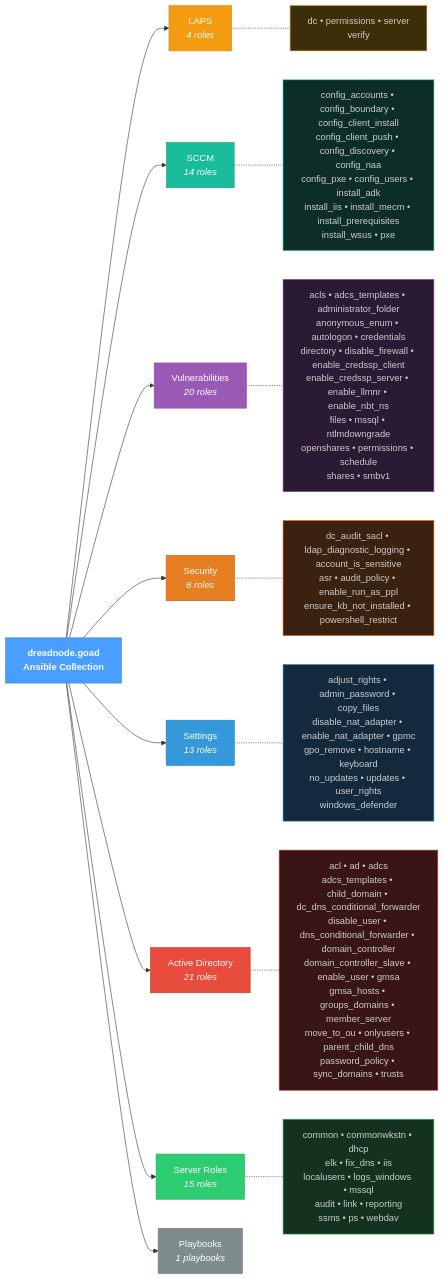
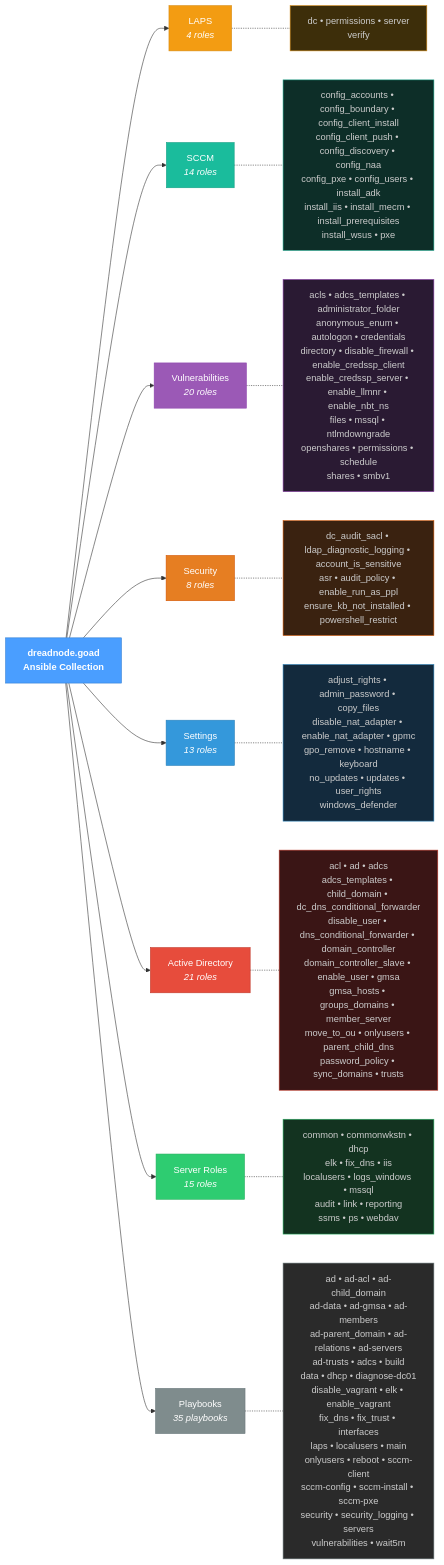
The diagram in docs/architecture.mmd (dreadnode/DreadGOAD), drawn with Mermaid before and after one commit. The commit also changed 2 other files, not shown here.

Commit message:
feat: improve playbook discovery and detailed listing in architecture diagram
**Added:**

- Introduced detailed playbook summary node to the architecture diagram, listing
  all discovered playbooks in grouped format for better readability
- Added new style for the Playbooks_detail node to visually distinguish playbook
  details in the diagram

**Changed:**

- Playbook discovery now finds individual playbooks by matching *.yml files
  instead of subdirectories, and excludes retry files for accuracy
- Playbook count and summary in the diagram now reflect the actual number of
  playbooks rather than a fixed value
- Improved label pluralization for playbook counts (e.g., "1 playbook" vs
  "35 playbooks")
- Updated Mermaid diagram and SVG export in docs to include the full list of
  playbooks and new detail node with improved formatting

```diff
--- a/docs/architecture.mmd
+++ b/docs/architecture.mmd
@@ -1,37 +1,39 @@
 graph LR
     Collection["dreadnode.goad<br/>Ansible Collection"]
 
     Collection --> LAPS["LAPS<br/><i>4 roles</i>"]
     Collection --> SCCM["SCCM<br/><i>14 roles</i>"]
     Collection --> Vulnerabilities["Vulnerabilities<br/><i>20 roles</i>"]
     Collection --> Security["Security<br/><i>8 roles</i>"]
     Collection --> Settings["Settings<br/><i>13 roles</i>"]
     Collection --> ActiveDirectory["Active Directory<br/><i>21 roles</i>"]
     Collection --> ServerRoles["Server Roles<br/><i>15 roles</i>"]
 
     LAPS -.- LAPS_detail["dc &bull; permissions &bull; server<br/>verify"]
     SCCM -.- SCCM_detail["config_accounts &bull; config_boundary &bull; config_client_install<br/>config_client_push &bull; config_discovery &bull; config_naa<br/>config_pxe &bull; config_users &bull; install_adk<br/>install_iis &bull; install_mecm &bull; install_prerequisites<br/>install_wsus &bull; pxe"]
     Vulnerabilities -.- Vulnerabilities_detail["acls &bull; adcs_templates &bull; administrator_folder<br/>anonymous_enum &bull; autologon &bull; credentials<br/>directory &bull; disable_firewall &bull; enable_credssp_client<br/>enable_credssp_server &bull; enable_llmnr &bull; enable_nbt_ns<br/>files &bull; mssql &bull; ntlmdowngrade<br/>openshares &bull; permissions &bull; schedule<br/>shares &bull; smbv1"]
     Security -.- Security_detail["dc_audit_sacl &bull; ldap_diagnostic_logging &bull; account_is_sensitive<br/>asr &bull; audit_policy &bull; enable_run_as_ppl<br/>ensure_kb_not_installed &bull; powershell_restrict"]
     Settings -.- Settings_detail["adjust_rights &bull; admin_password &bull; copy_files<br/>disable_nat_adapter &bull; enable_nat_adapter &bull; gpmc<br/>gpo_remove &bull; hostname &bull; keyboard<br/>no_updates &bull; updates &bull; user_rights<br/>windows_defender"]
     ActiveDirectory -.- ActiveDirectory_detail["acl &bull; ad &bull; adcs<br/>adcs_templates &bull; child_domain &bull; dc_dns_conditional_forwarder<br/>disable_user &bull; dns_conditional_forwarder &bull; domain_controller<br/>domain_controller_slave &bull; enable_user &bull; gmsa<br/>gmsa_hosts &bull; groups_domains &bull; member_server<br/>move_to_ou &bull; onlyusers &bull; parent_child_dns<br/>password_policy &bull; sync_domains &bull; trusts"]
     ServerRoles -.- ServerRoles_detail["common &bull; commonwkstn &bull; dhcp<br/>elk &bull; fix_dns &bull; iis<br/>localusers &bull; logs_windows &bull; mssql<br/>audit &bull; link &bull; reporting<br/>ssms &bull; ps &bull; webdav"]
 
-    Collection --> Playbooks["Playbooks<br/><i>1 playbooks</i>"]
+    Collection --> Playbooks["Playbooks<br/><i>35 playbooks</i>"]
+    Playbooks -.- Playbooks_detail["ad &bull; ad-acl &bull; ad-child_domain<br/>ad-data &bull; ad-gmsa &bull; ad-members<br/>ad-parent_domain &bull; ad-relations &bull; ad-servers<br/>ad-trusts &bull; adcs &bull; build<br/>data &bull; dhcp &bull; diagnose-dc01<br/>disable_vagrant &bull; elk &bull; enable_vagrant<br/>fix_dns &bull; fix_trust &bull; interfaces<br/>laps &bull; localusers &bull; main<br/>onlyusers &bull; reboot &bull; sccm-client<br/>sccm-config &bull; sccm-install &bull; sccm-pxe<br/>security &bull; security_logging &bull; servers<br/>vulnerabilities &bull; wait5m"]
 
     style Collection fill:#4a9eff,stroke:#2d7cd4,color:#fff,font-weight:bold
     style Playbooks fill:#7f8c8d,stroke:#6c7a7d,color:#fff
+    style Playbooks_detail fill:#2a2a2a,stroke:#6c7a7d,color:#ccc
     style LAPS fill:#f39c12,stroke:#d68910,color:#fff
     style LAPS_detail fill:#3d2e0a,stroke:#d68910,color:#ccc
     style SCCM fill:#1abc9c,stroke:#16a085,color:#fff
     style SCCM_detail fill:#0d2e28,stroke:#16a085,color:#ccc
     style Vulnerabilities fill:#9b59b6,stroke:#8e44ad,color:#fff
     style Vulnerabilities_detail fill:#2a1a33,stroke:#8e44ad,color:#ccc
     style Security fill:#e67e22,stroke:#d35400,color:#fff
     style Security_detail fill:#3a2210,stroke:#d35400,color:#ccc
     style Settings fill:#3498db,stroke:#2980b9,color:#fff
     style Settings_detail fill:#132a3d,stroke:#2980b9,color:#ccc
     style ActiveDirectory fill:#e74c3c,stroke:#c0392b,color:#fff
     style ActiveDirectory_detail fill:#3a1515,stroke:#c0392b,color:#ccc
     style ServerRoles fill:#2ecc71,stroke:#27ae60,color:#fff
     style ServerRoles_detail fill:#133320,stroke:#27ae60,color:#ccc
```
